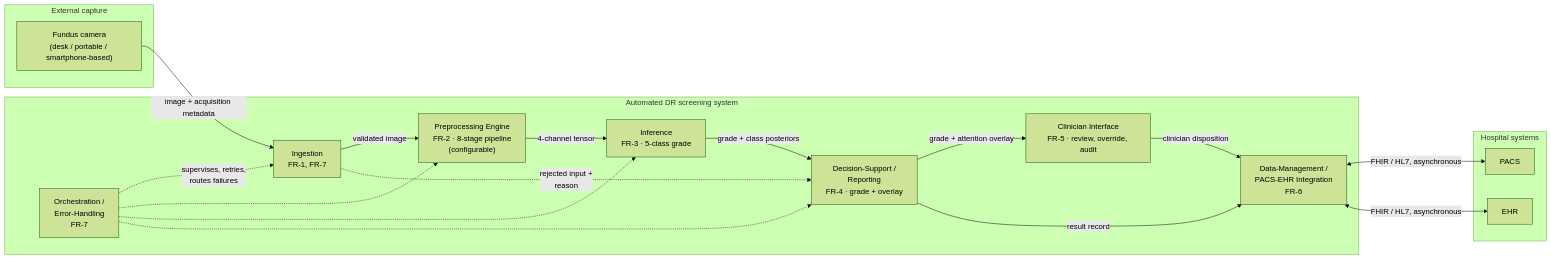
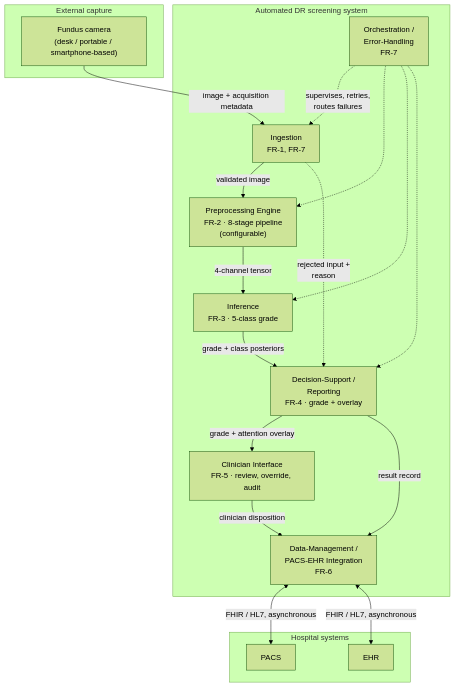
The first of 4 diagrams in thesis/chapters/08-appendices/drafts/C-draft.md (yesmukhamedov/dissertation-project), drawn with Mermaid (forest theme) before and after one commit. The commit also changed other lines of this file and 18 other files, not shown here.

First line of the commit message:
Re-export: render Mermaid, fix appendix asset markers, build both editions

````diff
--- a/thesis/chapters/08-appendices/drafts/C-draft.md
+++ b/thesis/chapters/08-appendices/drafts/C-draft.md
@@ -19,37 +19,37 @@
 ```mermaid
-flowchart LR
+flowchart TB
   subgraph EXT_IN["External capture"]
     CAM["Fundus camera<br/>(desk / portable / smartphone-based)"]
   end
 
   subgraph SYS["Automated DR screening system"]
     ORCH["Orchestration /<br/>Error-Handling<br/>FR-7"]
     ING["Ingestion<br/>FR-1, FR-7"]
     PRE["Preprocessing Engine<br/>FR-2 · 8-stage pipeline<br/>(configurable)"]
     INF["Inference<br/>FR-3 · 5-class grade"]
     REP["Decision-Support /<br/>Reporting<br/>FR-4 · grade + overlay"]
     UI["Clinician Interface<br/>FR-5 · review, override, audit"]
     DM["Data-Management /<br/>PACS-EHR Integration<br/>FR-6"]
   end
 
   subgraph EXT_OUT["Hospital systems"]
     PACS["PACS"]
     EHR["EHR"]
   end
 
   CAM -->|"image + acquisition metadata"| ING
   ING -->|"validated image"| PRE
   PRE -->|"4-channel tensor"| INF
   INF -->|"grade + class posteriors"| REP
   REP -->|"grade + attention overlay"| UI
   UI -->|"clinician disposition"| DM
   REP -->|"result record"| DM
   DM <-->|"FHIR / HL7, asynchronous"| PACS
   DM <-->|"FHIR / HL7, asynchronous"| EHR
 
   ORCH -.->|"supervises, retries,<br/>routes failures"| ING
   ORCH -.-> PRE
   ORCH -.-> INF
   ORCH -.-> REP
   ING -.->|"rejected input +<br/>reason"| REP
 ```
````
